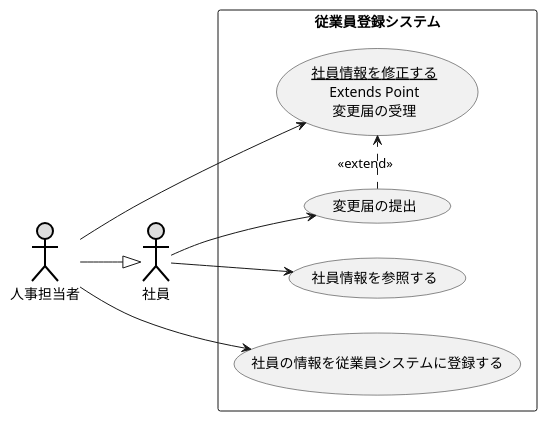
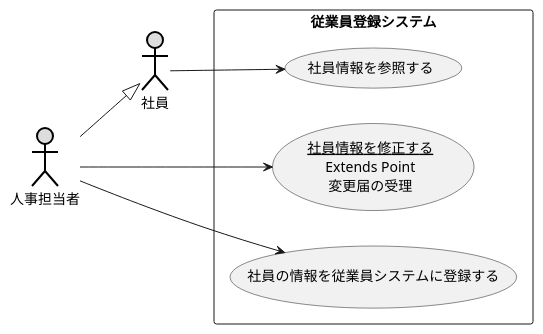
One commit to Shuma323/UML_inatroduction changed the diagram in 演習2-6_盛岡システム_従業員登録システム.pu. Above: the diagram before and after it, drawn with PlantUML.

Commit message:
演習2-6の修正

```diff
--- a/演習2-6_盛岡システム_従業員登録システム.pu
+++ b/演習2-6_盛岡システム_従業員登録システム.pu
@@ -1,17 +1,14 @@
 @startuml 演習2-6
 left to right direction
 actor 社員#DDDDDD;line:black;line.bold;
 actor 人事担当者#DDDDDD;line:black;line.bold;
 rectangle 従業員登録システム {
 usecase 社員情報を参照する
-usecase 変更届の提出
 usecase (<u>社員情報を修正する\nExtends Point\n変更届の受理) as input
 usecase 社員の情報を従業員システムに登録する
 }
 人事担当者 --|> 社員
 社員 --> 社員情報を参照する
-社員 --> 変更届の提出
-変更届の提出 .> input : <<extend>>
 人事担当者 --> input
 人事担当者 --> 社員の情報を従業員システムに登録する
 @endum
```
